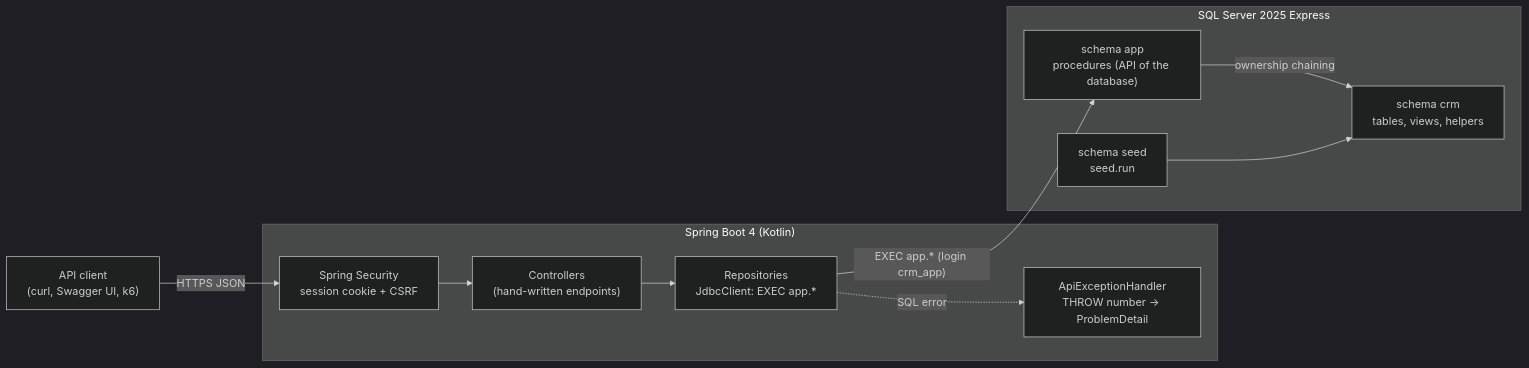
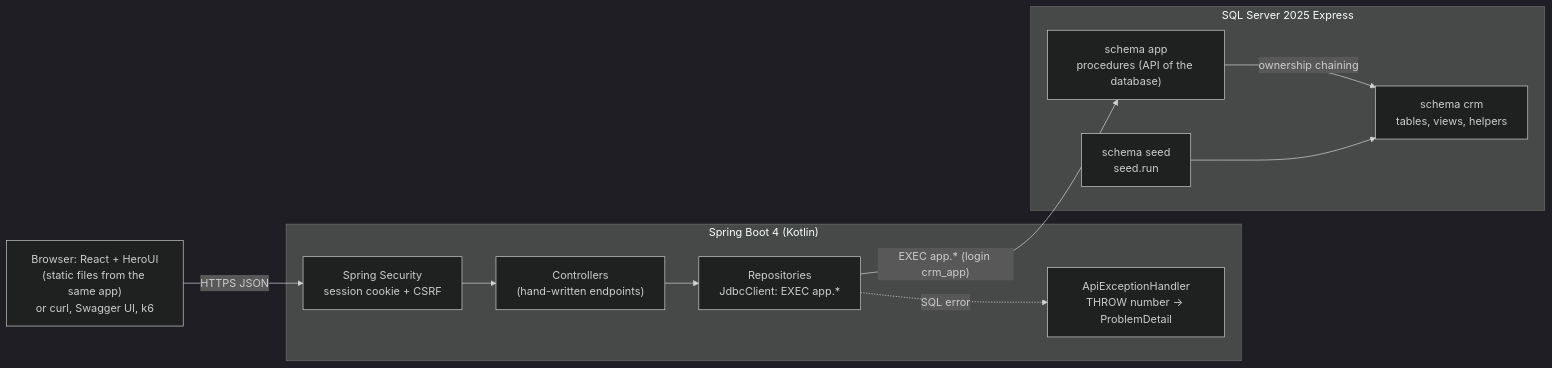
Before and after one commit to kldev/crm.kotlin.db.app: the first of 7 diagrams in docs/diagrams.md, drawn with Mermaid (dark theme). The commit also changed 7 other files, not shown here.

````diff
--- a/docs/diagrams.md
+++ b/docs/diagrams.md
@@ -8,20 +8,20 @@
 ```mermaid
 flowchart LR
-    client["API client<br/>(curl, Swagger UI, k6)"]
+    client["Browser: React + HeroUI<br/>(static files from the same app)<br/>or curl, Swagger UI, k6"]
     subgraph app["Spring Boot 4 (Kotlin)"]
         security["Spring Security<br/>session cookie + CSRF"]
         controllers["Controllers<br/>(hand-written endpoints)"]
         repos["Repositories<br/>JdbcClient: EXEC app.*"]
         errors["ApiExceptionHandler<br/>THROW number -> ProblemDetail"]
     end
     subgraph db["SQL Server 2025 Express"]
         appschema["schema app<br/>procedures (API of the database)"]
         crmschema["schema crm<br/>tables, views, helpers"]
         seedschema["schema seed<br/>seed.run"]
     end
     client -->|HTTPS JSON| security --> controllers --> repos
     repos -->|"EXEC app.* (login crm_app)"| appschema
     appschema -->|ownership chaining| crmschema
     repos -. SQL error .-> errors
     seedschema --> crmschema
 ```
````
